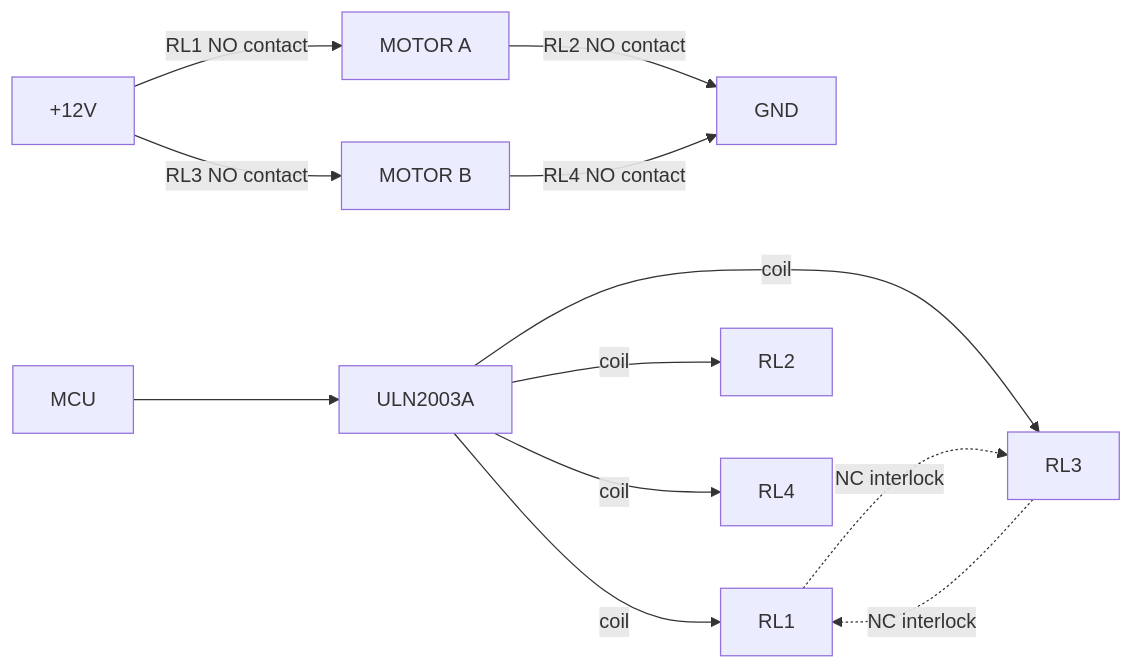
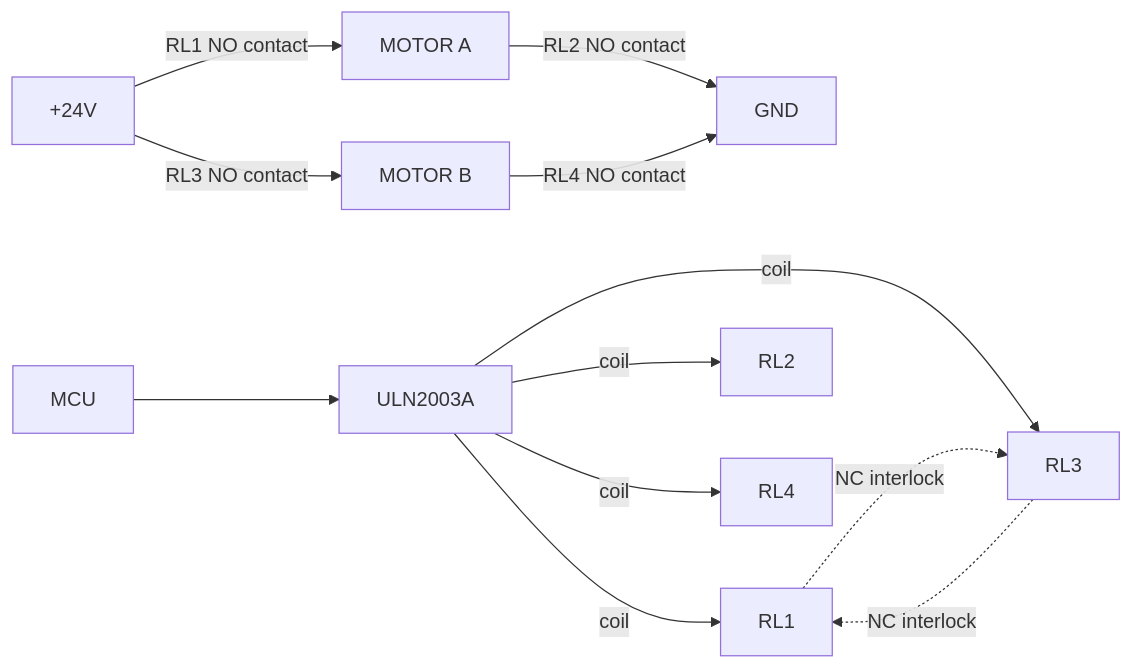
One commit to gonzafernan/pool-cover-control changed the second of 9 diagrams in DESIGN.md. Above: the diagram before and after it, drawn with Mermaid. The commit also changed other lines of this file and 4 other files, not shown here.

Commit message:
feat(hardware): implement SC1 power tree schematic

````diff
--- a/DESIGN.md
+++ b/DESIGN.md
@@ -78,21 +84,21 @@
 ```mermaid
 flowchart LR
-    V12["+12V"]
+    V24["+24V"]
     GND["GND"]
     MA["MOTOR A"]
     MB["MOTOR B"]
 
-    V12 -->|RL1 NO contact| MA
+    V24 -->|RL1 NO contact| MA
     MA -->|RL2 NO contact| GND
-    V12 -->|RL3 NO contact| MB
+    V24 -->|RL3 NO contact| MB
     MB -->|RL4 NO contact| GND
 
     MCU --> ULN["ULN2003A"]
     ULN -->|coil| RL1
     ULN -->|coil| RL2
     ULN -->|coil| RL3
     ULN -->|coil| RL4
 
     RL1 -.->|NC interlock| RL3
     RL3 -.->|NC interlock| RL1
 ```
````
